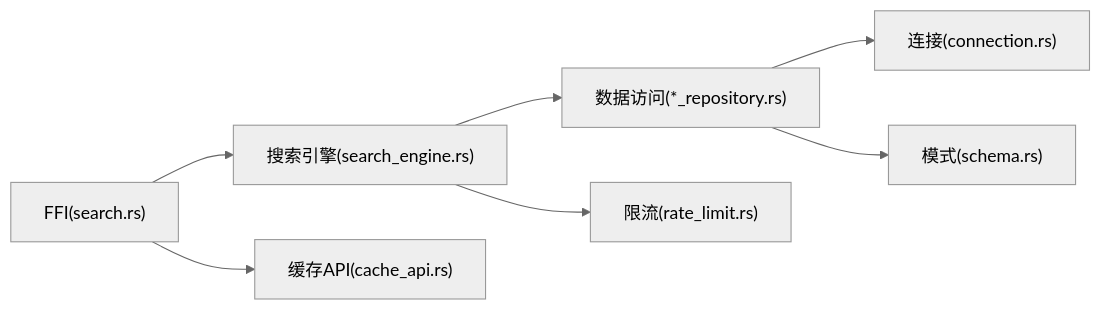
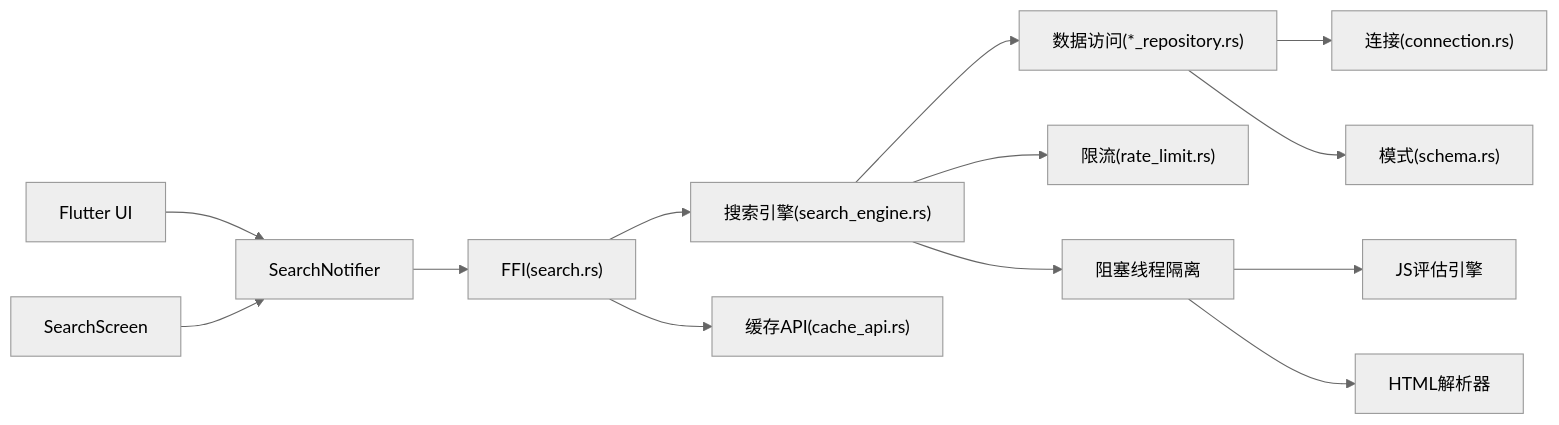
Before and after one commit to ZhangGHGitHub/LegadoTeamFlutter: the seventh of 7 diagrams in .qoder/repowiki/zh/content/搜索功能/搜索性能优化.md, drawn with Mermaid (neutral theme). The commit also changed other lines of this file and 173 other files, not shown here.

````diff
--- a/.qoder/repowiki/zh/content/搜索功能/搜索性能优化.md
+++ b/.qoder/repowiki/zh/content/搜索功能/搜索性能优化.md
@@ -297,9 +415,15 @@
 ```mermaid
 graph LR
 FFI["FFI(search.rs)"] --> ENGINE["搜索引擎(search_engine.rs)"]
 FFI --> CACHE_API["缓存API(cache_api.rs)"]
 ENGINE --> REPO["数据访问(*_repository.rs)"]
 REPO --> CONN["连接(connection.rs)"]
 REPO --> SCHEMA["模式(schema.rs)"]
 ENGINE --> RATE["限流(rate_limit.rs)"]
+ENGINE --> BLOCKING["阻塞线程隔离"]
+BLOCKING --> JS_EXEC["JS评估引擎"]
+BLOCKING --> HTML_PARSE["HTML解析器"]
+FLUTTER_UI["Flutter UI"] --> NOTIFIER["SearchNotifier"]
+NOTIFIER --> FFI
+SCREEN["SearchScreen"] --> NOTIFIER
 ```
````
